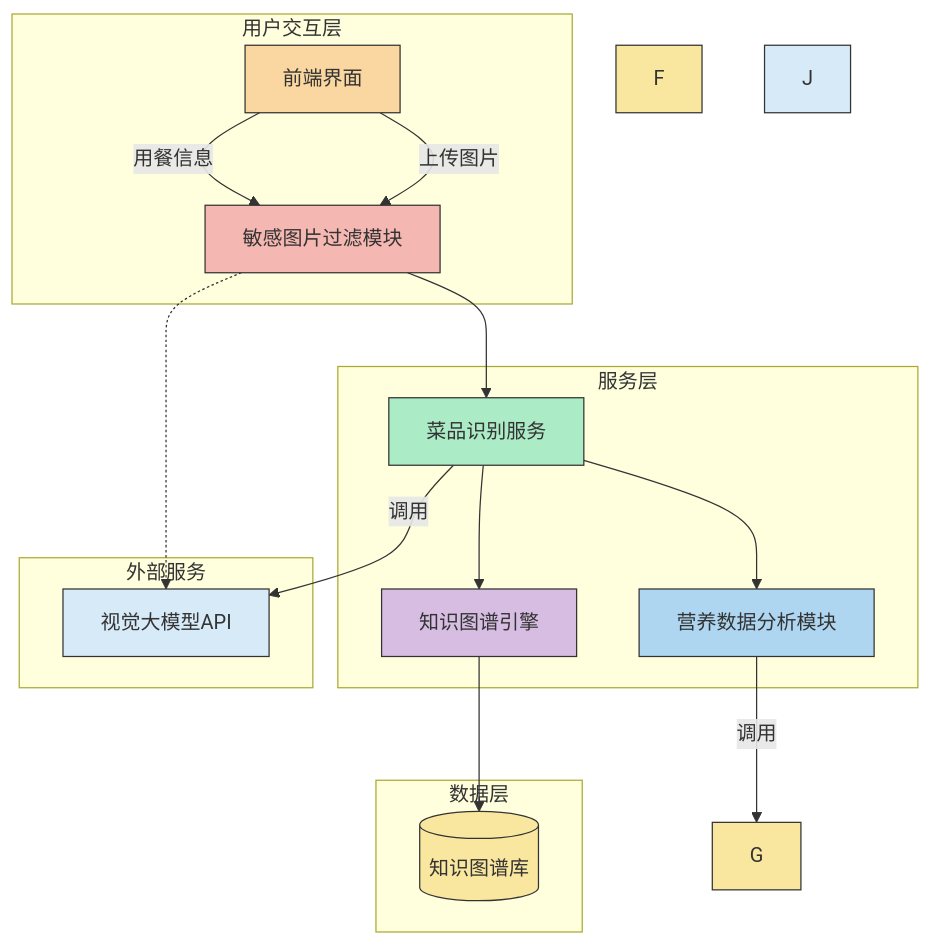
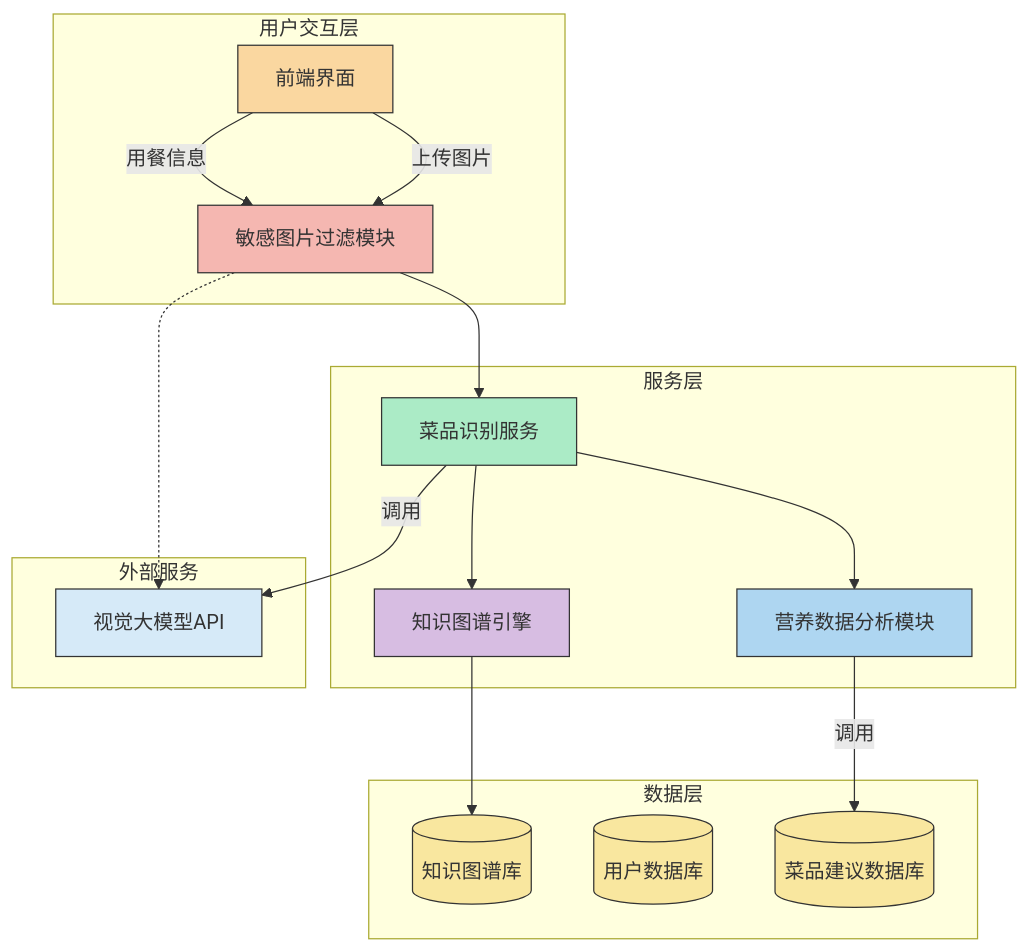
Before and after one commit to funnyData/iodraw-files: the diagram in all/未命名-1.md, drawn with Mermaid.

Commit message:
2025-03-19 16:54:09 update

````diff
--- a/all/未命名-1.md
+++ b/all/未命名-1.md
@@ -1,40 +1,39 @@
 ```mermaid
 %% 系统架构图（基于网页1/3/4/6的流程图语法优化）
 flowchart TD
     subgraph 用户交互层
         A[前端界面] -->|用餐信息| B[敏感图片过滤模块]
         style A fill:#FAD7A0,stroke:#333
         style B fill:#F5B7B1,stroke:#333
     end
 
     subgraph 服务层
         B --> C[菜品识别服务]
         
         C --> E[知识图谱引擎]
         C --> D[营养数据分析模块]
         style C fill:#ABEBC6,stroke:#333
         style D fill:#AED6F1,stroke:#333
         style E fill:#D7BDE2,stroke:#333
     end
 
     subgraph 数据层
         E --> H[(知识图谱库)]
-        %% E --> F[(用户数据库)]
-        %% E --G[(菜品建议数据库)]
+        F[(用户数据库)]
+        G[(菜品建议数据库)]
         
         style F fill:#F9E79F,stroke:#333,shape:cylinder
         style G fill:#F9E79F,stroke:#333,shape:cylinder
         style H fill:#F9E79F,stroke:#333,shape:cylinder
     end
 
     subgraph 外部服务
         B -.-> I[视觉大模型API]
         style I fill:#D6EAF8,stroke:#333
-        style J fill:#D6EAF8,stroke:#333
     end
 
 
     A -->|上传图片| B
     C -->|调用| I
     D -->|调用| G
 ```
````
